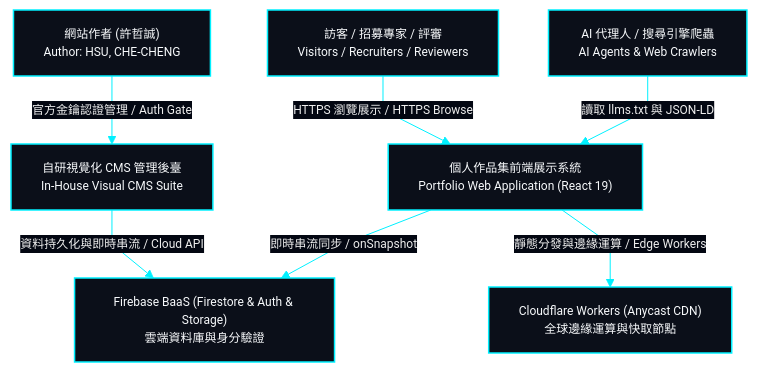
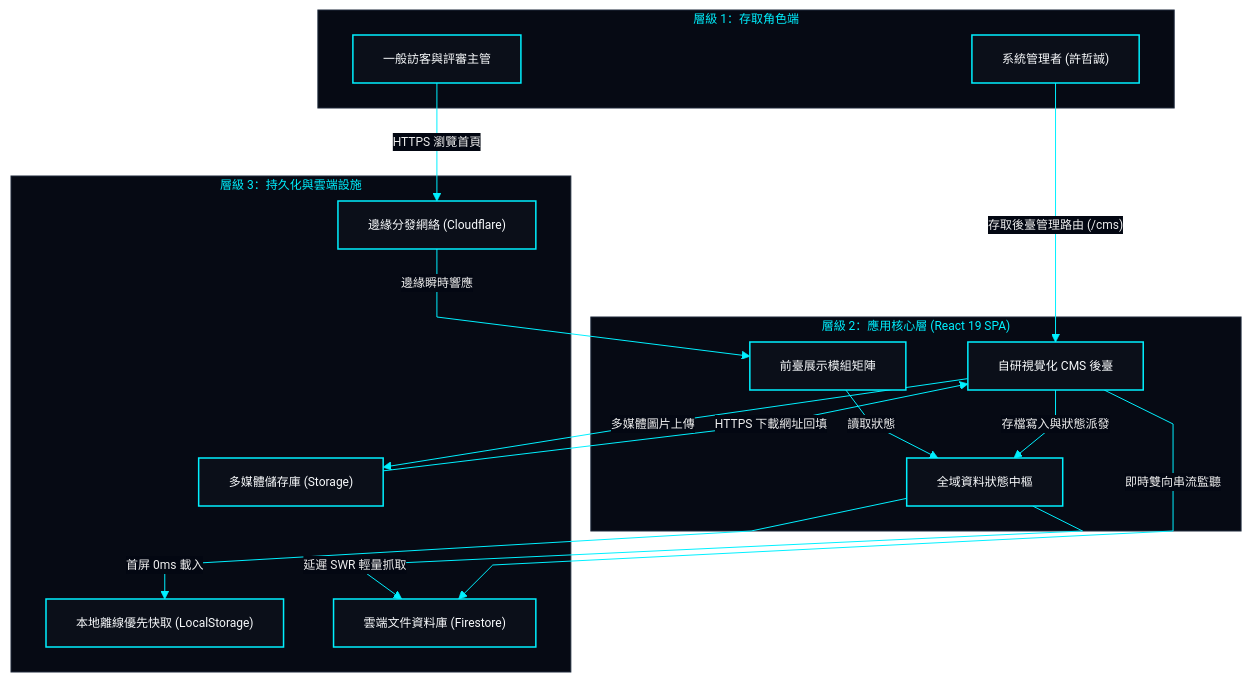
The first of 3 diagrams in docs/system-design/01-overview.md (EricXJason/my-portfolio-website), drawn with Mermaid before and after one commit. The commit also changed other lines of this file and 19 other files, not shown here.

````diff
--- a/docs/system-design/01-overview.md
+++ b/docs/system-design/01-overview.md
@@ -66,38 +33,56 @@
 ```mermaid
 %%{init: {
   'theme': 'base',
   'themeVariables': {
     'darkMode': true,
     'background': '#030712',
     'mainBkg': '#0b0f19',
     'nodeBorder': '#00f0ff',
     'textColor': '#f8fafc',
     'lineColor': '#00f0ff',
+    'clusterBkg': '#060a14',
+    'clusterBorder': '#1e293b',
+    'titleColor': '#00f0ff',
     'edgeLabelBackground': '#030712',
     'fontSize': '12px'
   },
   'flowchart': {
     'curve': 'linear'
   }
 }}%%
 flowchart TD
     classDef hudCard fill:#0b0f19,stroke:#00f0ff,stroke-width:1.5px,color:#f8fafc;
 
-    User["訪客 / 招募專家 / 評審<br>Visitors / Recruiters / Reviewers"]:::hudCard
-    Admin["網站作者 (許哲誠)<br>Author: HSU, CHE-CHENG"]:::hudCard
-    Crawler["AI 代理人 / 搜尋引擎爬蟲<br>AI Agents & Web Crawlers"]:::hudCard
+    subgraph Tier1 ["層級 1：存取角色端"]
+        Visitor["一般訪客與評審主管"]:::hudCard
+        Admin["系統管理者 (許哲誠)"]:::hudCard
+    end
 
-    Portfolio["個人作品集前端展示系統<br>Portfolio Web Application (React 19)"]:::hudCard
-    CMS["自研視覺化 CMS 管理後臺<br>In-House Visual CMS Suite"]:::hudCard
+    subgraph Tier2 ["層級 2：應用核心層 (React 19 SPA)"]
+        Showcase["前臺展示模組矩陣"]:::hudCard
+        CmsSuite["自研視覺化 CMS 後臺"]:::hudCard
+        DataContext["全域資料狀態中樞"]:::hudCard
+    end
 
-    Firebase["Firebase BaaS (Firestore & Auth & Storage)<br>雲端資料庫與身分驗證"]:::hudCard
-    Cloudflare["Cloudflare Workers (Anycast CDN)<br>全球邊緣運算與快取節點"]:::hudCard
+    subgraph Tier3 ["層級 3：持久化與雲端設施"]
+        Cache["本地離線優先快取 (LocalStorage)"]:::hudCard
+        Firestore["雲端文件資料庫 (Firestore)"]:::hudCard
+        Storage["多媒體儲存庫 (Storage)"]:::hudCard
+        EdgeCDN["邊緣分發網絡 (Cloudflare)"]:::hudCard
+    end
 
-    User -->|"HTTPS 瀏覽展示 / HTTPS Browse"| Portfolio
-    Admin -->|"官方金鑰認證管理 / Auth Gate"| CMS
-    Crawler -->|"讀取 llms.txt 與 JSON-LD"| Portfolio
-    
-    CMS -->|"資料持久化與即時串流 / Cloud API"| Firebase
-    Portfolio -->|"即時串流同步 / onSnapshot"| Firebase
-    Portfolio -->|"靜態分發與邊緣運算 / Edge Workers"| Cloudflare
+    Visitor -->|"HTTPS 瀏覽首頁"| EdgeCDN
+    EdgeCDN -->|"邊緣瞬時響應"| Showcase
+    Admin -->|"存取後臺管理路由 (/cms)"| CmsSuite
+    Showcase -->|"讀取狀態"| DataContext
+    CmsSuite -->|"存檔寫入與狀態派發"| DataContext
+    DataContext -->|"首屏 0ms 載入"| Cache
+    DataContext -->|"延遲 SWR 輕量抓取"| Firestore
+    CmsSuite -->|"即時雙向串流監聽"| Firestore
+    CmsSuite -->|"多媒體圖片上傳"| Storage
+    Storage -->|"HTTPS 下載網址回填"| CmsSuite
+
+    style Tier1 fill:#060a14,stroke:#1e293b,stroke-width:1px,color:#00f0ff
+    style Tier2 fill:#060a14,stroke:#1e293b,stroke-width:1px,color:#00f0ff
+    style Tier3 fill:#060a14,stroke:#1e293b,stroke-width:1px,color:#00f0ff
 ```
````
